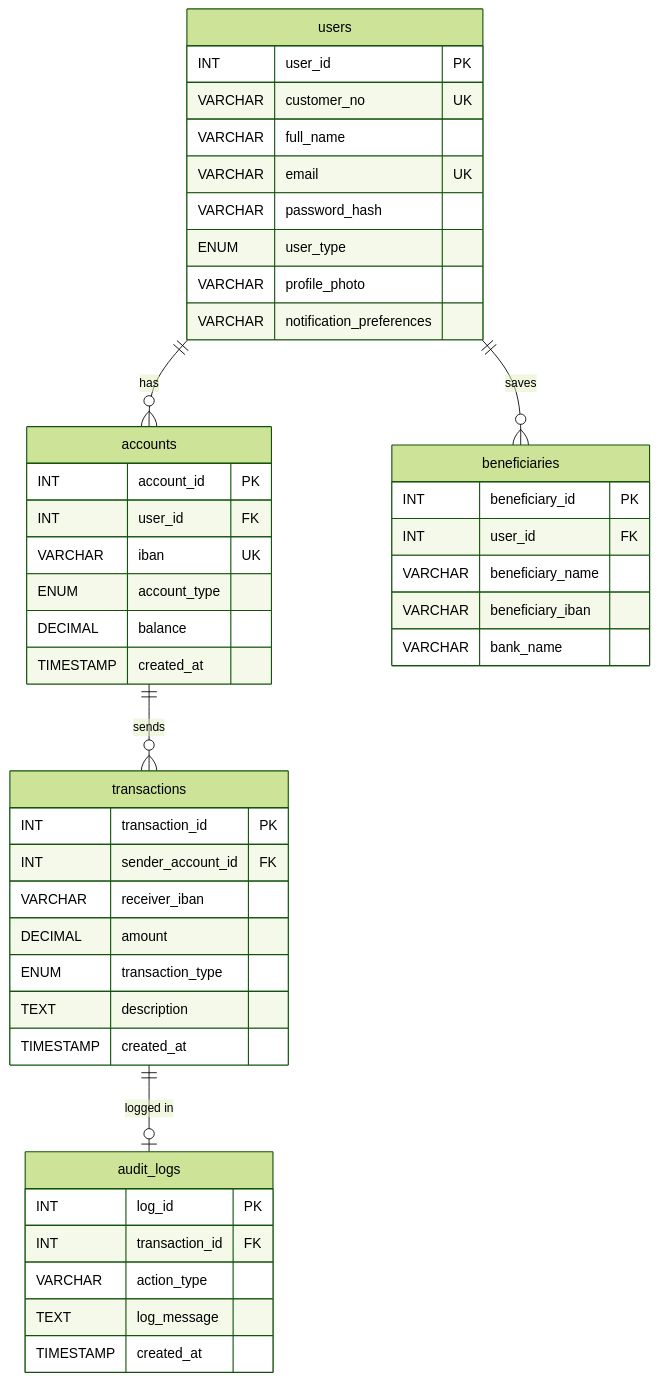
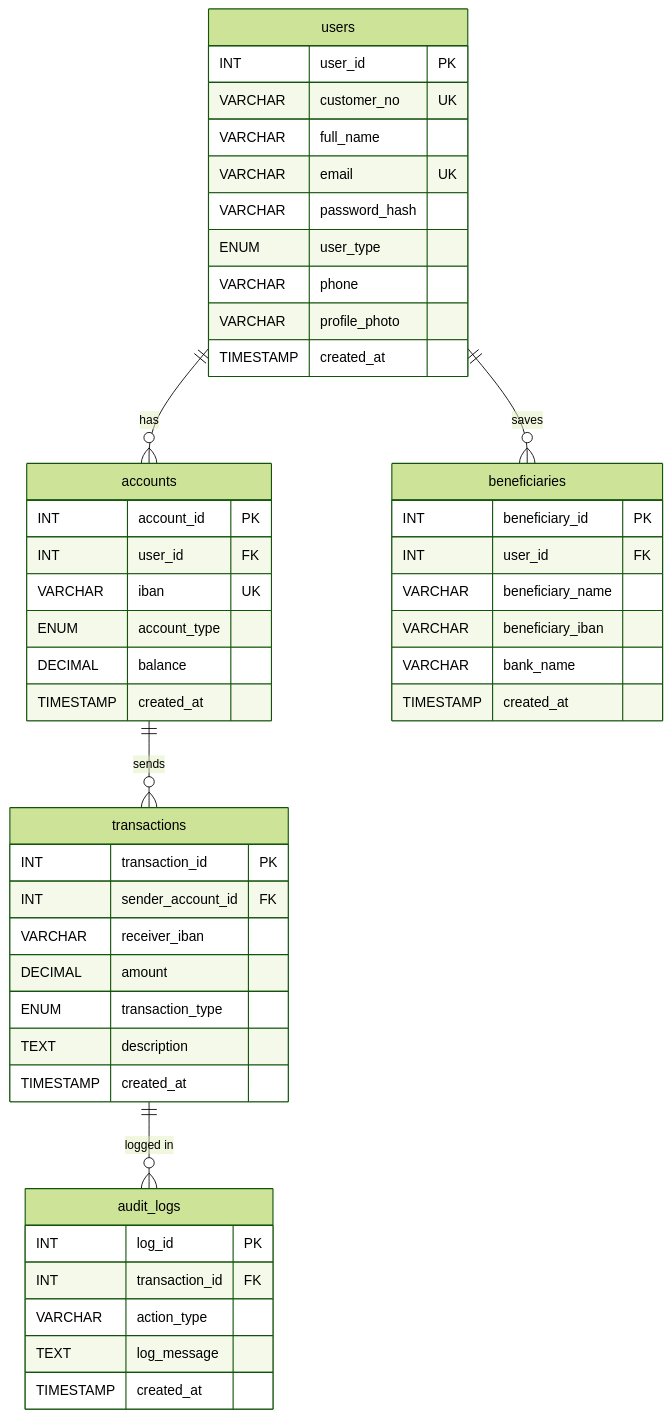
One commit to byzaerdmr/onlinebankingapp changed the first of 2 diagrams in README.md. Above: the diagram before and after it, drawn with Mermaid (forest theme).

````diff
--- a/README.md
+++ b/README.md
@@ -263,53 +263,55 @@
 ```mermaid
 erDiagram
   users ||--o{ accounts : "has"
   users ||--o{ beneficiaries : "saves"
   accounts ||--o{ transactions : "sends"
-  transactions ||--o| audit_logs : "logged in"
+  transactions ||--o{ audit_logs : "logged in"
 
   users {
     INT user_id PK
     VARCHAR customer_no UK
     VARCHAR full_name
     VARCHAR email UK
     VARCHAR password_hash
     ENUM user_type
+    VARCHAR phone
     VARCHAR profile_photo
-    VARCHAR notification_preferences
+    TIMESTAMP created_at
   }
 
   accounts {
     INT account_id PK
     INT user_id FK
     VARCHAR iban UK
     ENUM account_type
     DECIMAL balance
     TIMESTAMP created_at
   }
 
   beneficiaries {
     INT beneficiary_id PK
     INT user_id FK
     VARCHAR beneficiary_name
     VARCHAR beneficiary_iban
     VARCHAR bank_name
+    TIMESTAMP created_at
   }
 
   transactions {
     INT transaction_id PK
     INT sender_account_id FK
     VARCHAR receiver_iban
     DECIMAL amount
     ENUM transaction_type
     TEXT description
     TIMESTAMP created_at
   }
 
   audit_logs {
     INT log_id PK
     INT transaction_id FK
     VARCHAR action_type
     TEXT log_message
     TIMESTAMP created_at
   }
 ```
````
